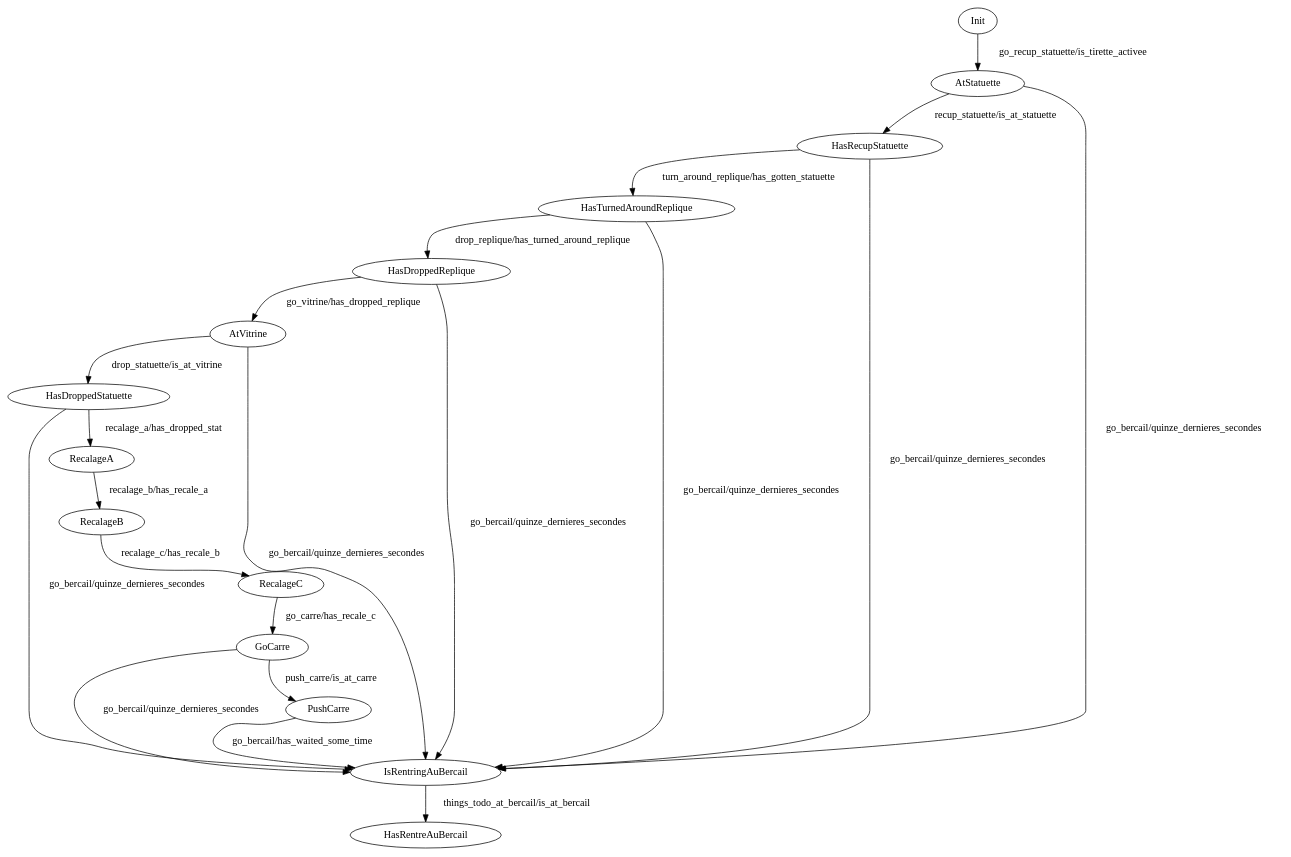
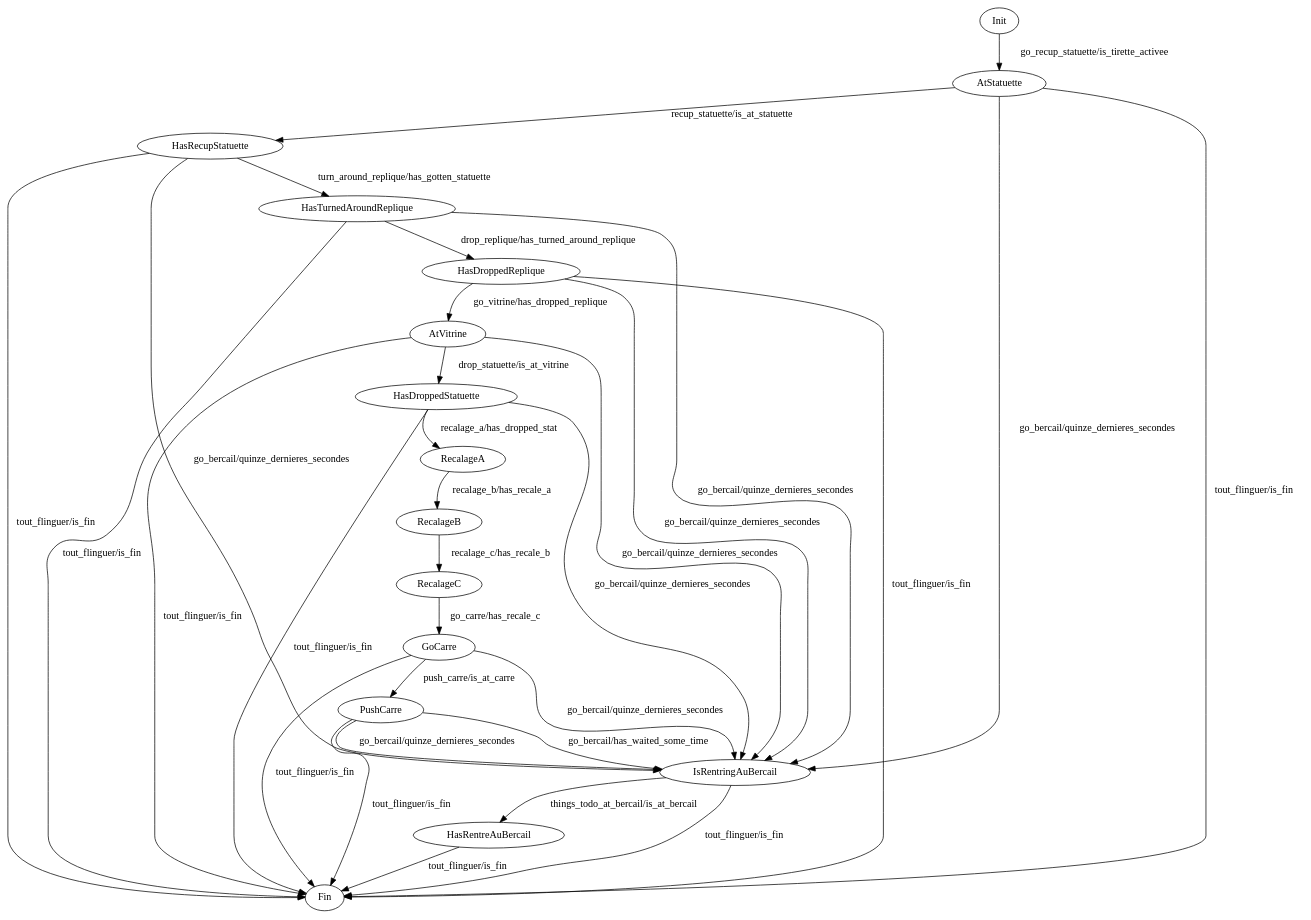
Before and after one commit to ENACRobotique/robot_stack_2022: the diagram in enac_strat/enac_strat/state_machine_discount.dot, drawn with Graphviz. The commit also changed 2 other files, not shown here.

```diff
--- a/enac_strat/enac_strat/state_machine_discount.dot
+++ b/enac_strat/enac_strat/state_machine_discount.dot
@@ -1,47 +1,50 @@
 //init Init
 digraph EnacStrat {
     Init [comment="on_init"]
     //retour au bercail en cas de pb de temps
     {AtStatuette HasRecupStatuette HasTurnedAroundReplique HasDroppedReplique AtVitrine HasDroppedStatuette
-        GoCarre
+        GoCarre PushCarre
     } -> IsRentringAuBercail
         [label="go_bercail/quinze_dernieres_secondes"]
-    {}
+    {AtStatuette HasRecupStatuette HasTurnedAroundReplique HasDroppedReplique AtVitrine HasDroppedStatuette
+        GoCarre PushCarre IsRentringAuBercail HasRentreAuBercail
+    } -> Fin
+        [label="tout_flinguer/is_fin"]
     
     IsRentringAuBercail -> HasRentreAuBercail [label="things_todo_at_bercail/is_at_bercail"]
 
     //sequence: depot de la replique et recuperation de la statuette
     Init -> AtStatuette
         [label="go_recup_statuette/is_tirette_activee"]
     AtStatuette -> HasRecupStatuette
         [label="recup_statuette/is_at_statuette"]
     HasRecupStatuette -> HasTurnedAroundReplique
         [label="turn_around_replique/has_gotten_statuette"]
     HasTurnedAroundReplique -> HasDroppedReplique
         [label="drop_replique/has_turned_around_replique"]
     HasDroppedReplique -> AtVitrine
         [label="go_vitrine/has_dropped_replique"]
     AtVitrine -> HasDroppedStatuette
         [label="drop_statuette/is_at_vitrine"]
 
     HasDroppedStatuette -> RecalageA
         [label="recalage_a/has_dropped_stat"]
 
     RecalageA -> RecalageB
         [label="recalage_b/has_recale_a"]
     
     RecalageB -> RecalageC
         [label="recalage_c/has_recale_b"]
     
     //sequence: recuperation des palets et depot sur la galerie
     //recuperation des 3 palets
     RecalageC -> GoCarre
         [label="go_carre/has_recale_c"]
     
     GoCarre -> PushCarre
         [label="push_carre/is_at_carre"]
     
     PushCarre -> IsRentringAuBercail
         [label="go_bercail/has_waited_some_time"]
 
 }
```
